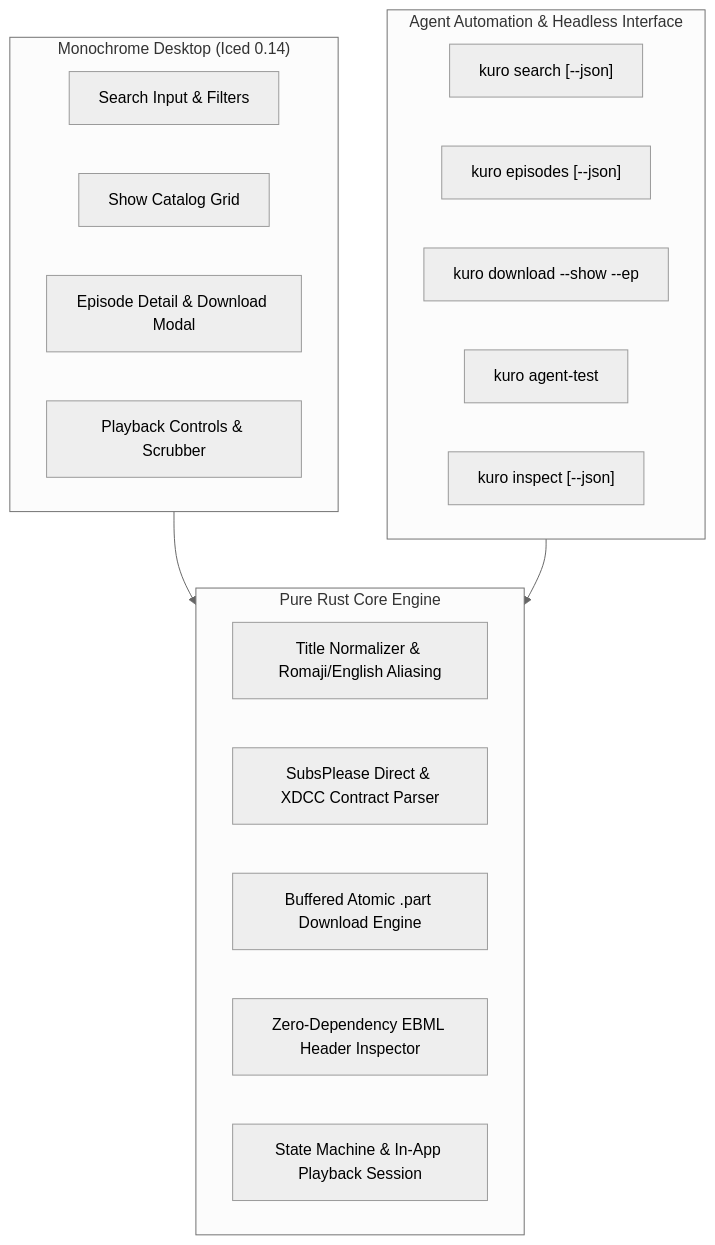
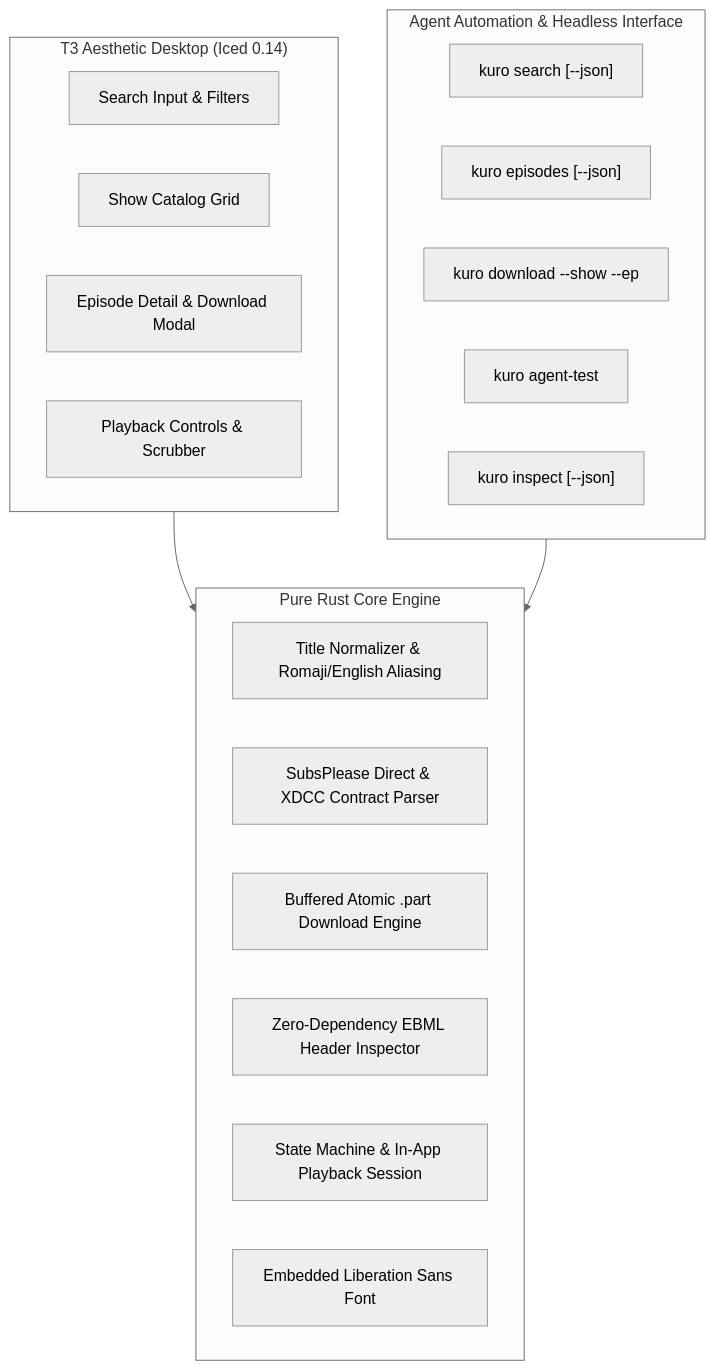
The diagram in README.md (Aditya-233/kuro), drawn with Mermaid (neutral theme) before and after one commit. The commit also changed other lines of this file and 4 other files, not shown here.

Commit message:
feat: adopt t3code aesthetics, embed Liberation Sans font, and fix button/card contrast

````diff
--- a/README.md
+++ b/README.md
@@ -25,28 +26,29 @@
 ```mermaid
 graph TD
-    subgraph UI ["Monochrome Desktop (Iced 0.14)"]
+    subgraph UI ["T3 Aesthetic Desktop (Iced 0.14)"]
         SearchBar["Search Input & Filters"]
         ShowGrid["Show Catalog Grid"]
         EpModal["Episode Detail & Download Modal"]
         PlayerBar["Playback Controls & Scrubber"]
     end
 
     subgraph AgentCLI ["Agent Automation & Headless Interface"]
         SearchCmd["kuro search <query> [--json]"]
         EpsCmd["kuro episodes <show> [--json]"]
         DlCmd["kuro download --show --ep"]
         DiagCmd["kuro agent-test"]
         InspectCmd["kuro inspect <file> [--json]"]
     end
 
     subgraph Engine ["Pure Rust Core Engine"]
         Aliases["Title Normalizer & Romaji/English Aliasing"]
         Sources["SubsPlease Direct & XDCC Contract Parser"]
         AtomicDownloader["Buffered Atomic .part Download Engine"]
         MediaProbe["Zero-Dependency EBML Header Inspector"]
         PlaybackSM["State Machine & In-App Playback Session"]
+        FontEmbed["Embedded Liberation Sans Font"]
     end
 
     UI --> Engine
     AgentCLI --> Engine
 ```
````
